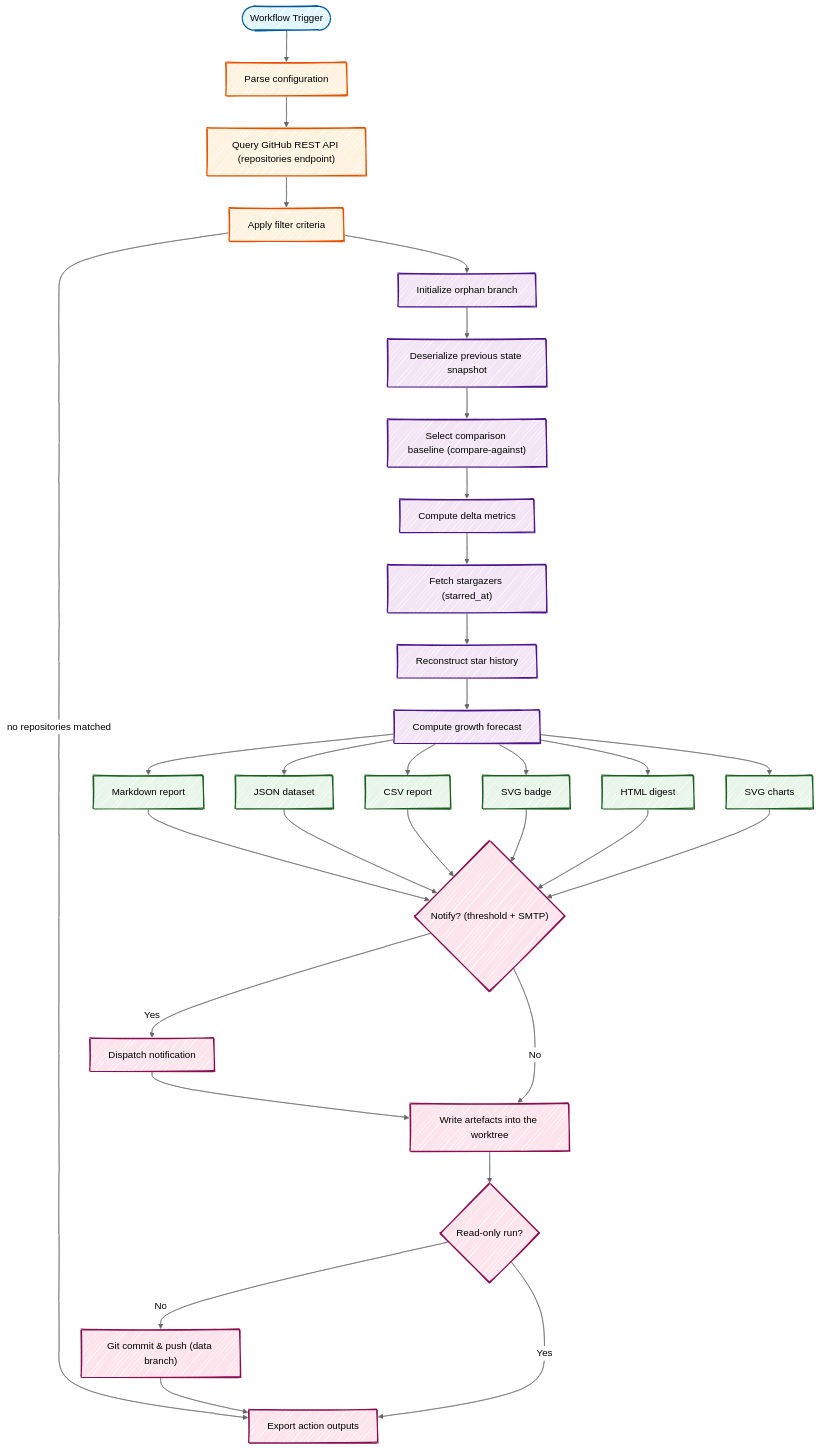
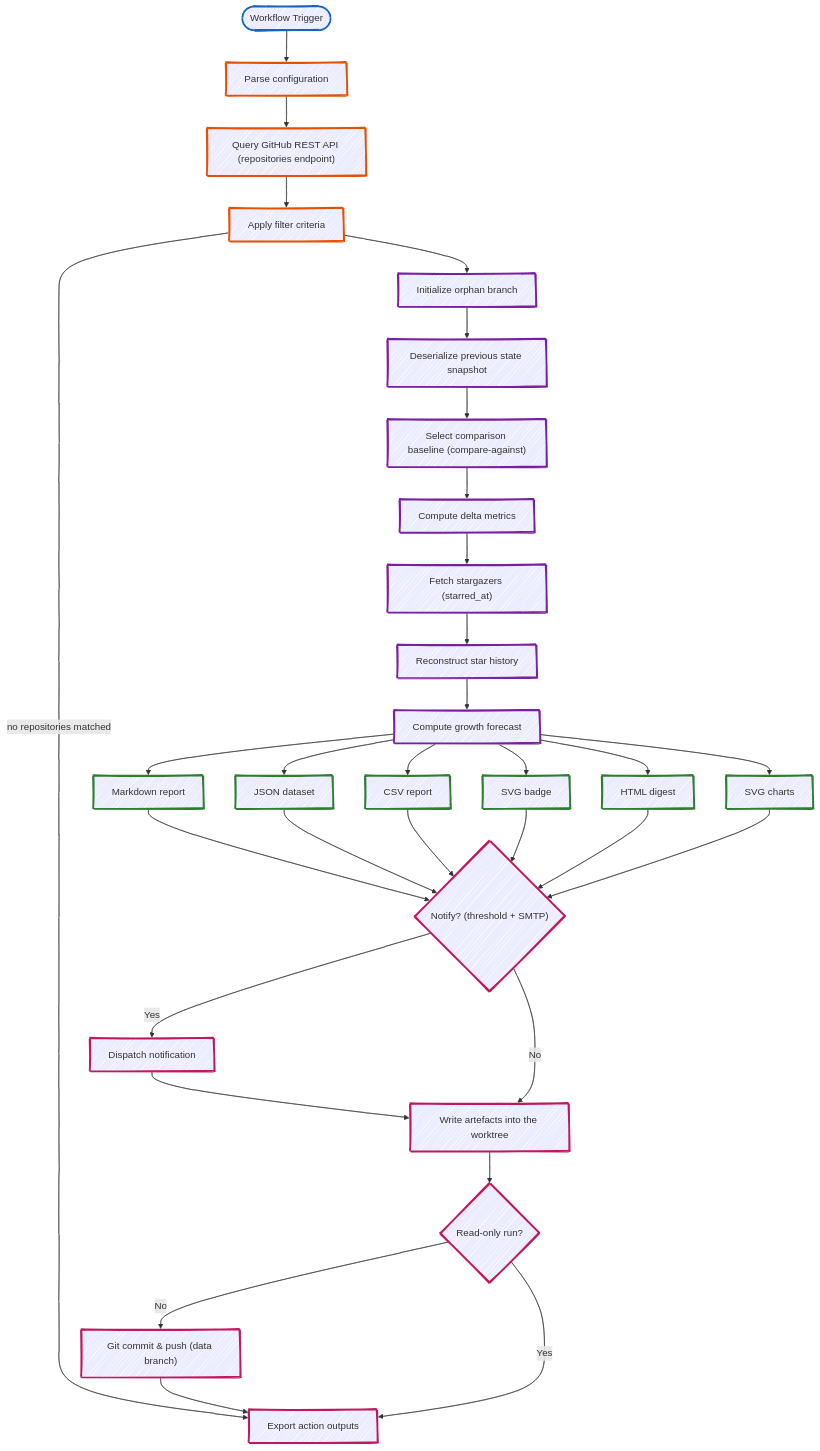
The diagram in docs/wiki/How-It-Works.md (fbuireu/github-star-tracker), drawn with Mermaid before and after one commit. The commit also changed 3 other files, not shown here.

First line of the commit message:
docs: make handDrawn diagrams readable in both colour modes

````diff
--- a/docs/wiki/How-It-Works.md
+++ b/docs/wiki/How-It-Works.md
@@ -7,67 +7,66 @@
 ```mermaid
 ---
 config:
   look: handDrawn
-  theme: neutral
 ---
 flowchart TD
     trigger(["Workflow Trigger"])
     config["Parse configuration"]
     fetch["Query GitHub REST API (repositories endpoint)"]
     filter["Apply filter criteria"]
     init["Initialize orphan branch"]
     read["Deserialize previous state snapshot"]
     baseline["Select comparison baseline (compare-against)"]
     compare["Compute delta metrics"]
     stargazers["Fetch stargazers (starred_at)"]
     history["Reconstruct star history"]
     forecast["Compute growth forecast"]
     md["Markdown report"]
     json["JSON dataset"]
     csv["CSV report"]
     svg["SVG badge"]
     html["HTML digest"]
     charts["SVG charts"]
     write["Write artefacts into the worktree"]
     readonly{"Read-only run?"}
     commit["Git commit & push (data branch)"]
     setout["Export action outputs"]
     email{"Notify? (threshold + SMTP)"}
     send["Dispatch notification"]
 
     trigger --> config --> fetch --> filter
     filter -->|no repositories matched| setout
     filter --> init --> read --> baseline --> compare
     compare --> stargazers --> history --> forecast
     forecast --> md & json & csv & svg & html & charts
     md & json & csv & svg & html & charts --> email
     email -->|Yes| send --> write
     email -->|No| write
     write --> readonly
     readonly -->|No| commit --> setout
     readonly -->|Yes| setout
 
-    style trigger fill:#e1f5ff,stroke:#01579b,stroke-width:2px
-    style config fill:#fff3e0,stroke:#e65100,stroke-width:2px
-    style fetch fill:#fff3e0,stroke:#e65100,stroke-width:2px
-    style filter fill:#fff3e0,stroke:#e65100,stroke-width:2px
-    style init fill:#f3e5f5,stroke:#4a148c,stroke-width:2px
-    style read fill:#f3e5f5,stroke:#4a148c,stroke-width:2px
-    style baseline fill:#f3e5f5,stroke:#4a148c,stroke-width:2px
-    style compare fill:#f3e5f5,stroke:#4a148c,stroke-width:2px
-    style stargazers fill:#f3e5f5,stroke:#4a148c,stroke-width:2px
-    style history fill:#f3e5f5,stroke:#4a148c,stroke-width:2px
-    style forecast fill:#f3e5f5,stroke:#4a148c,stroke-width:2px
-    style md fill:#e8f5e9,stroke:#1b5e20,stroke-width:2px
-    style json fill:#e8f5e9,stroke:#1b5e20,stroke-width:2px
-    style csv fill:#e8f5e9,stroke:#1b5e20,stroke-width:2px
-    style svg fill:#e8f5e9,stroke:#1b5e20,stroke-width:2px
-    style html fill:#e8f5e9,stroke:#1b5e20,stroke-width:2px
-    style charts fill:#e8f5e9,stroke:#1b5e20,stroke-width:2px
-    style write fill:#fce4ec,stroke:#880e4f,stroke-width:2px
-    style readonly fill:#fce4ec,stroke:#880e4f,stroke-width:2px
-    style commit fill:#fce4ec,stroke:#880e4f,stroke-width:2px
-    style setout fill:#fce4ec,stroke:#880e4f,stroke-width:2px
-    style email fill:#fce4ec,stroke:#880e4f,stroke-width:2px
-    style send fill:#fce4ec,stroke:#880e4f,stroke-width:2px
+    style trigger stroke:#1565c0,stroke-width:3px
+    style config stroke:#e65100,stroke-width:3px
+    style fetch stroke:#e65100,stroke-width:3px
+    style filter stroke:#e65100,stroke-width:3px
+    style init stroke:#7b1fa2,stroke-width:3px
+    style read stroke:#7b1fa2,stroke-width:3px
+    style baseline stroke:#7b1fa2,stroke-width:3px
+    style compare stroke:#7b1fa2,stroke-width:3px
+    style stargazers stroke:#7b1fa2,stroke-width:3px
+    style history stroke:#7b1fa2,stroke-width:3px
+    style forecast stroke:#7b1fa2,stroke-width:3px
+    style md stroke:#2e7d32,stroke-width:3px
+    style json stroke:#2e7d32,stroke-width:3px
+    style csv stroke:#2e7d32,stroke-width:3px
+    style svg stroke:#2e7d32,stroke-width:3px
+    style html stroke:#2e7d32,stroke-width:3px
+    style charts stroke:#2e7d32,stroke-width:3px
+    style write stroke:#c2185b,stroke-width:3px
+    style readonly stroke:#c2185b,stroke-width:3px
+    style commit stroke:#c2185b,stroke-width:3px
+    style setout stroke:#c2185b,stroke-width:3px
+    style email stroke:#c2185b,stroke-width:3px
+    style send stroke:#c2185b,stroke-width:3px
 ```
````
